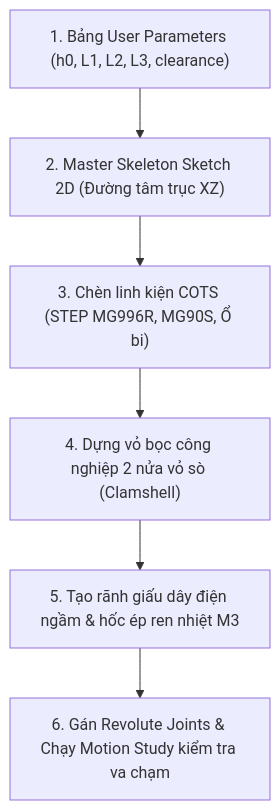
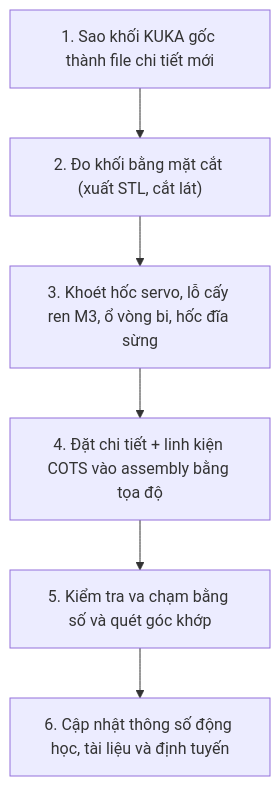
One commit to nguyenthanhthe/uet-robotic-arm changed the diagram in docs/WORKFLOW-CAD.md. Above: the diagram before and after it, drawn with Mermaid. The commit also changed other lines of this file and 83 other files, not shown here.

````diff
--- a/docs/WORKFLOW-CAD.md
+++ b/docs/WORKFLOW-CAD.md
@@ -11,8 +11,8 @@
 ```mermaid
 flowchart TD
-    A["1. Bảng User Parameters (h0, L1, L2, L3, clearance)"] --> B["2. Master Skeleton Sketch 2D (Đường tâm trục XZ)"]
-    B --> C["3. Chèn linh kiện COTS (STEP MG996R, MG90S, Ổ bi)"]
-    C --> D["4. Dựng vỏ bọc công nghiệp 2 nửa vỏ sò (Clamshell)"]
-    D --> E["5. Tạo rãnh giấu dây điện ngầm & hốc ép ren nhiệt M3"]
-    E --> F["6. Gán Revolute Joints & Chạy Motion Study kiểm tra va chạm"]
+    A["1. Sao khối KUKA gốc thành file chi tiết mới"] --> B["2. Đo khối bằng mặt cắt (xuất STL, cắt lát)"]
+    B --> C["3. Khoét hốc servo, lỗ cấy ren M3, ổ vòng bi, hốc đĩa sừng"]
+    C --> D["4. Đặt chi tiết + linh kiện COTS vào assembly bằng tọa độ"]
+    D --> E["5. Kiểm tra va chạm bằng số và quét góc khớp"]
+    E --> F["6. Cập nhật thông số động học, tài liệu và định tuyến"]
 ```
````
